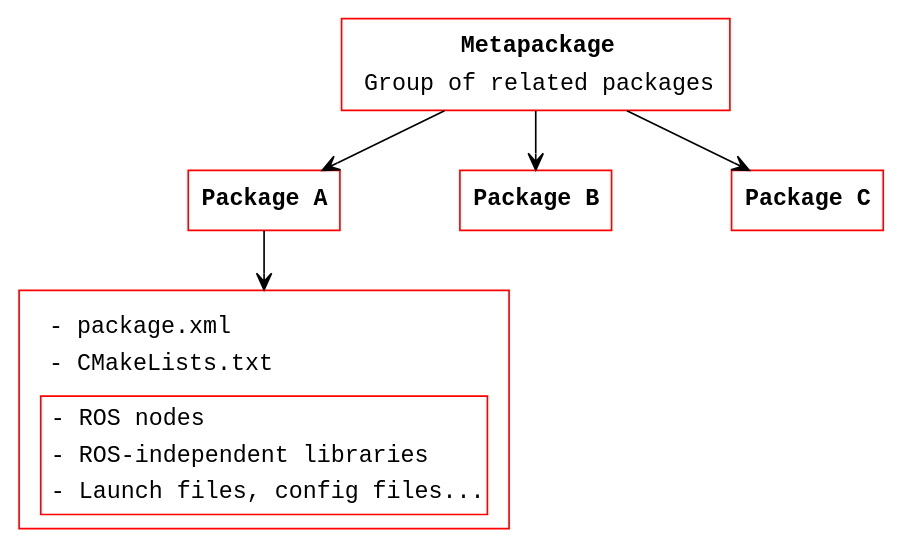
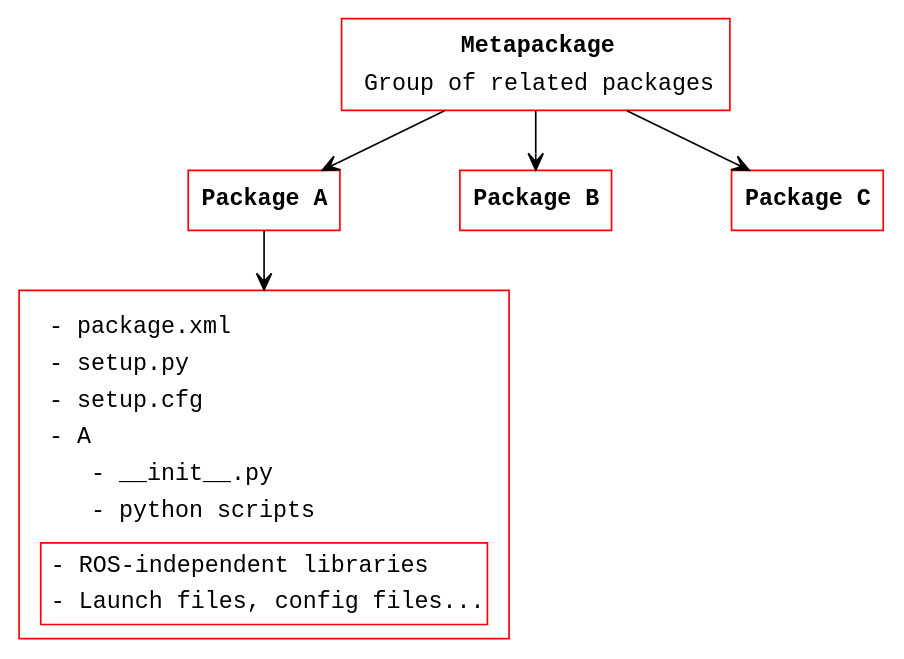
Before and after one commit to ABC-iRobotics/advanced_ros_course_materials_hu: the second of 2 diagrams in docs/02_linux_ros_principles.md, drawn with Graphviz. The commit also changed other lines of this file, not shown here.

````diff
--- a/docs/02_linux_ros_principles.md
+++ b/docs/02_linux_ros_principles.md
@@ -190,37 +188,40 @@
 ```graphviz dot packages.png
 digraph packages {
 
 nodesep=1.0 // increases the separation between nodes
 node [color=Red,fontname=Courier,shape=box] //All nodes will this shape and colour
 edge [color=Black, style=solid, arrowhead=open] //All the lines look like this
 
 Metapackage [label=<
     <table border="0" cellborder="0" cellspacing="3">
     <tr><td align="center"><b>Metapackage</b></td></tr>
     <tr><td align="center">Group of related packages</td></tr>
    </table>>, constraint=false]
    
    A [label=<<b>Package A</b>>, constraint=false]
    B [label=<<b>Package B</b>>, constraint=false]
    C [label=<<b>Package C</b>>, constraint=false]
    
 cmake [label=<
    <table border="0" cellborder="0" cellspacing="3">
     <tr><td><table border="0" cellborder="0" cellspacing="3">
     <tr><td align="left">- package.xml</td></tr>
-    <tr><td align="left">- CMakeLists.txt</td></tr>
+    <tr><td align="left">- setup.py</td></tr>
+    <tr><td align="left">- setup.cfg</td></tr>
+    <tr><td align="left">- A</td></tr>
+    <tr><td align="left">    - __init__.py</td></tr>
+    <tr><td align="left">    - python scripts</td></tr>
    </table></td></tr>
    <tr><td><table border="1" cellborder="0" cellspacing="3">
-    <tr><td align="left">- ROS nodes</td></tr>
     <tr><td align="left">- ROS-independent libraries</td></tr>
     <tr><td align="left">- Launch files, config files...</td></tr>
    </table></td></tr>
    </table>>, shape=box, constraint=false]
    
 
    
    Metapackage->{A,B,C}
    A->cmake
 
 }
 ```
````
